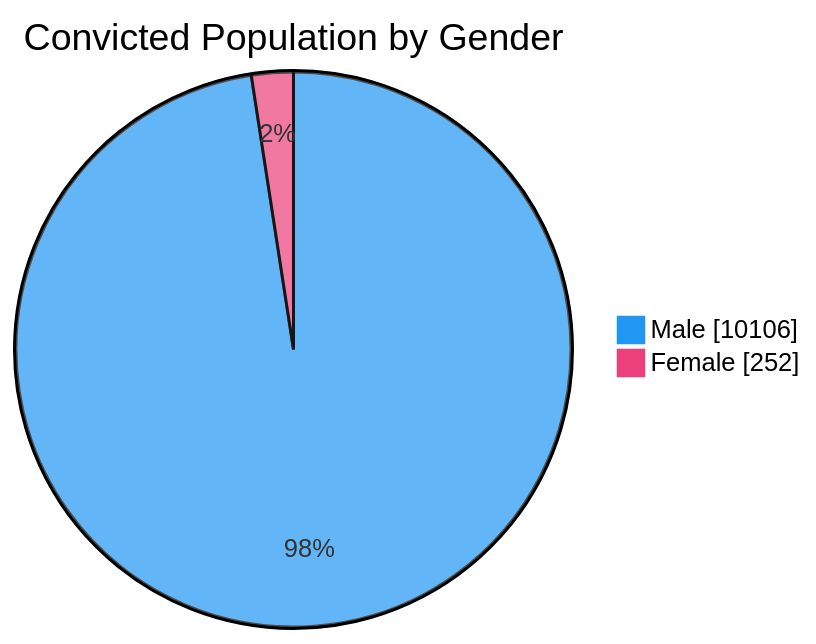
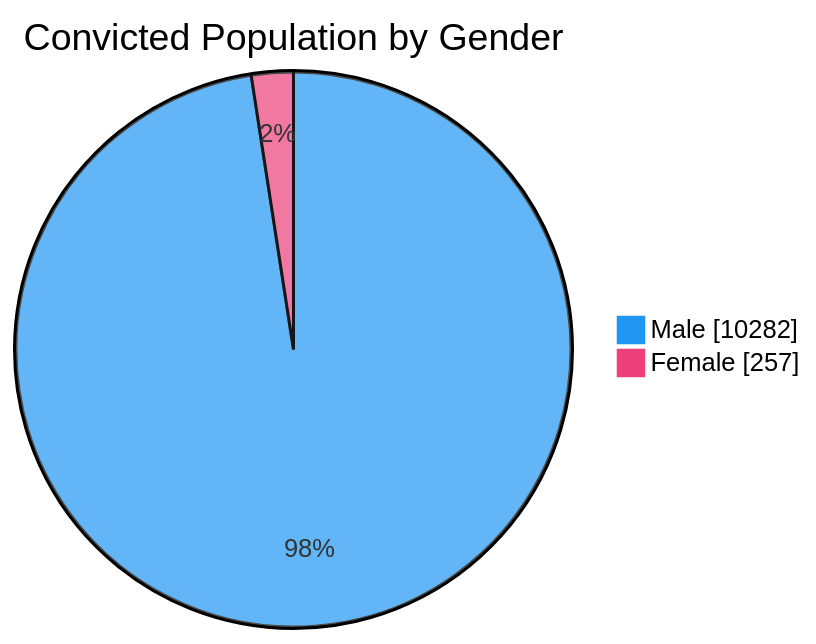
Before and after one commit to nuuuwan/lk_prisons: the third of 7 diagrams in README.md, drawn with Mermaid. The commit also changed other lines of this file and 1 other file, not shown here.

````diff
--- a/README.md
+++ b/README.md
@@ -65,6 +65,6 @@
 ```mermaid
 %%{init: {'themeVariables': {'pie1': '#2196F3', 'pie2': '#EC407A'}}}%%
 pie showData title Convicted Population by Gender
-    "Male" : 10106
-    "Female" : 252
+    "Male" : 10282
+    "Female" : 257
 ```
````
